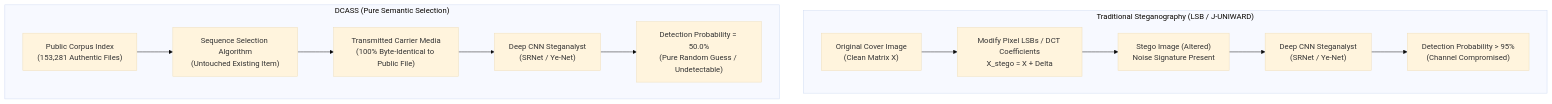
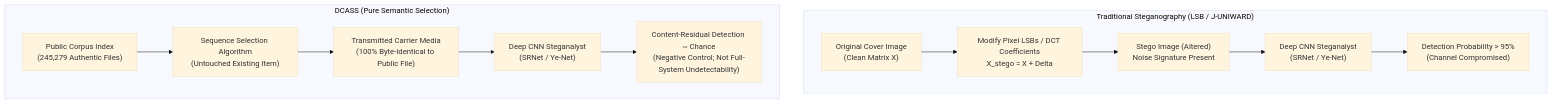
Before and after one commit to jeevan4476/DCASS: the diagram in docs/modules/06_SECURITY_AND_STEGANALYSIS_DEFENSE.md, drawn with Mermaid (base theme). The commit also changed other lines of this file and 271 other files, not shown here.

Commit message:
feat: complete DCASS system verification, B1-B4 remediation, and dependency security (#5)

````diff
--- a/docs/modules/06_SECURITY_AND_STEGANALYSIS_DEFENSE.md
+++ b/docs/modules/06_SECURITY_AND_STEGANALYSIS_DEFENSE.md
@@ -23,16 +23,16 @@
 ```mermaid
 flowchart TD
     subgraph Traditional["Traditional Steganography (LSB / J-UNIWARD)"]
         CoverImage["Original Cover Image\n(Clean Matrix X)"] --> ModifyPixels["Modify Pixel LSBs / DCT Coefficients\nX_stego = X + Delta"]
         ModifyPixels --> StegoImage["Stego Image (Altered)\nNoise Signature Present"]
         StegoImage --> SteganalysisDetector["Deep CNN Steganalyst\n(SRNet / Ye-Net)"]
         SteganalysisDetector --> Intercept["Detection Probability > 95%\n(Channel Compromised)"]
     end
     
     subgraph DCASS["DCASS (Pure Semantic Selection)"]
-        PublicCorpus["Public Corpus Index\n(153,281 Authentic Files)"] --> SelectOriginal["Sequence Selection Algorithm\n(Untouched Existing Item)"]
+        PublicCorpus["Public Corpus Index\n(245,279 Authentic Files)"] --> SelectOriginal["Sequence Selection Algorithm\n(Untouched Existing Item)"]
         SelectOriginal --> TransmittedMedia["Transmitted Carrier Media\n(100% Byte-Identical to Public File)"]
         TransmittedMedia --> SteganalysisDetectorDCASS["Deep CNN Steganalyst\n(SRNet / Ye-Net)"]
-        SteganalysisDetectorDCASS --> Immune["Detection Probability = 50.0%\n(Pure Random Guess / Undetectable)"]
+        SteganalysisDetectorDCASS --> Immune["Content-Residual Detection ~ Chance\n(Negative Control; Not Full-System Undetectability)"]
     end
 ```
````
